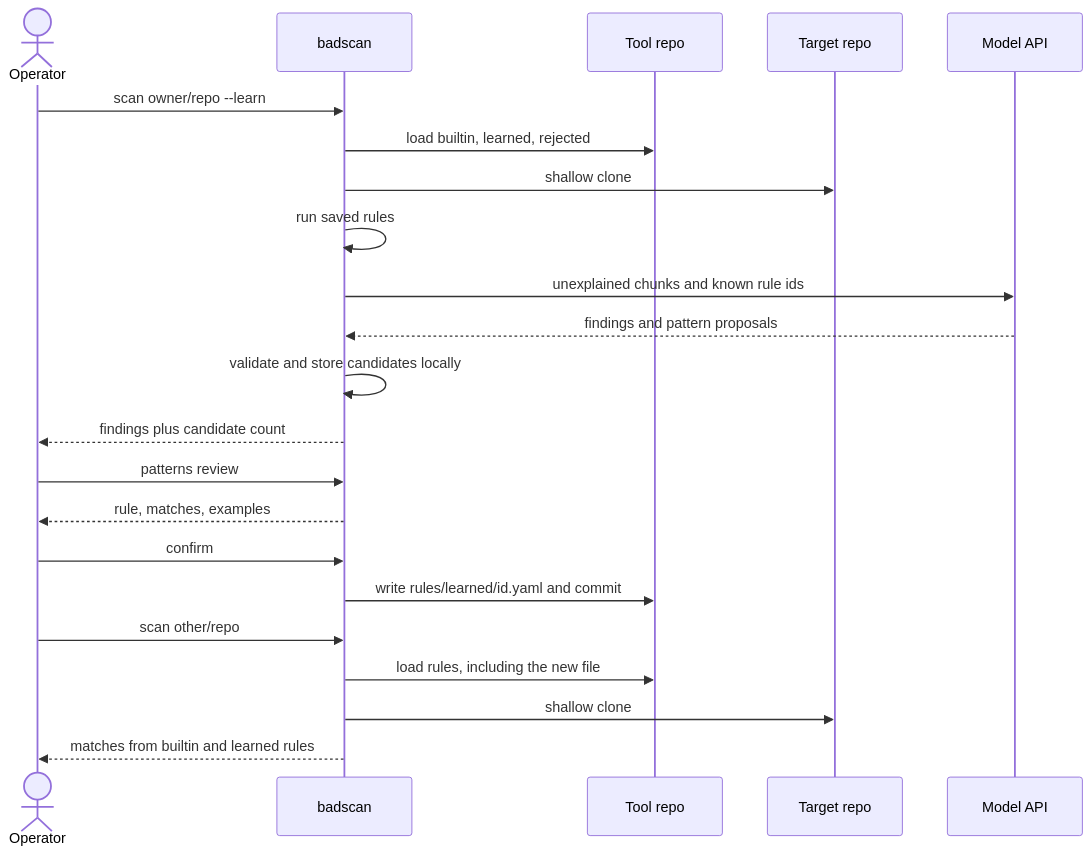
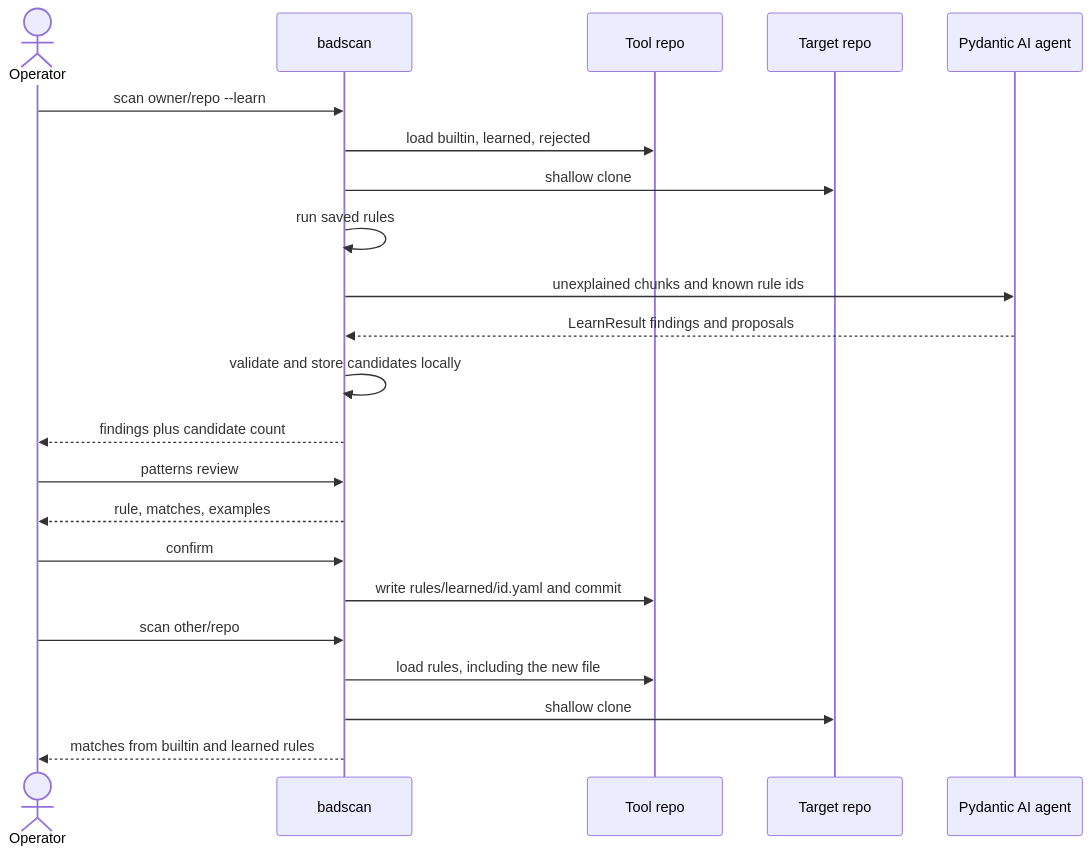
Before and after one commit to nunombispo/bad-code-patterns-scanner: the fourth of 4 diagrams in docs/architecture.md, drawn with Mermaid. The commit also changed other lines of this file, not shown here.

First line of the commit message:
Specify Pydantic AI for the phase 2 learn agent.

````diff
--- a/docs/architecture.md
+++ b/docs/architecture.md
@@ -124,27 +124,27 @@
 ```mermaid
 sequenceDiagram
   actor Op as Operator
   participant CLI as badscan
   participant Repo as Tool repo
   participant Target as Target repo
-  participant Model as Model API
+  participant Agent as Pydantic AI agent
 
   Op->>CLI: scan owner/repo --learn
   CLI->>Repo: load builtin, learned, rejected
   CLI->>Target: shallow clone
   CLI->>CLI: run saved rules
-  CLI->>Model: unexplained chunks and known rule ids
-  Model-->>CLI: findings and pattern proposals
+  CLI->>Agent: unexplained chunks and known rule ids
+  Agent-->>CLI: LearnResult findings and proposals
   CLI->>CLI: validate and store candidates locally
   CLI-->>Op: findings plus candidate count
 
   Op->>CLI: patterns review
   CLI-->>Op: rule, matches, examples
   Op->>CLI: confirm
   CLI->>Repo: write rules/learned/id.yaml and commit
 
   Op->>CLI: scan other/repo
   CLI->>Repo: load rules, including the new file
   CLI->>Target: shallow clone
   CLI-->>Op: matches from builtin and learned rules
 ```
````
